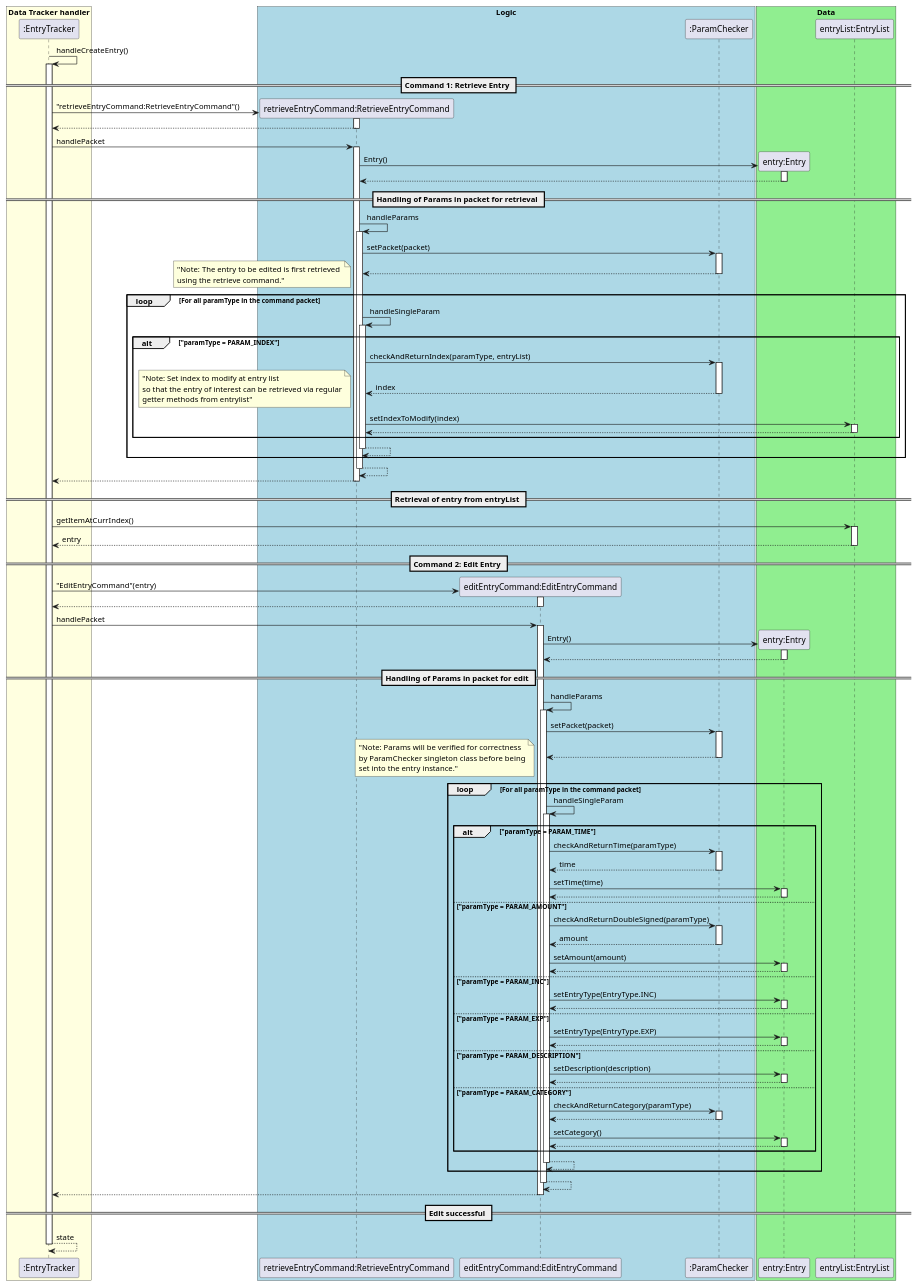
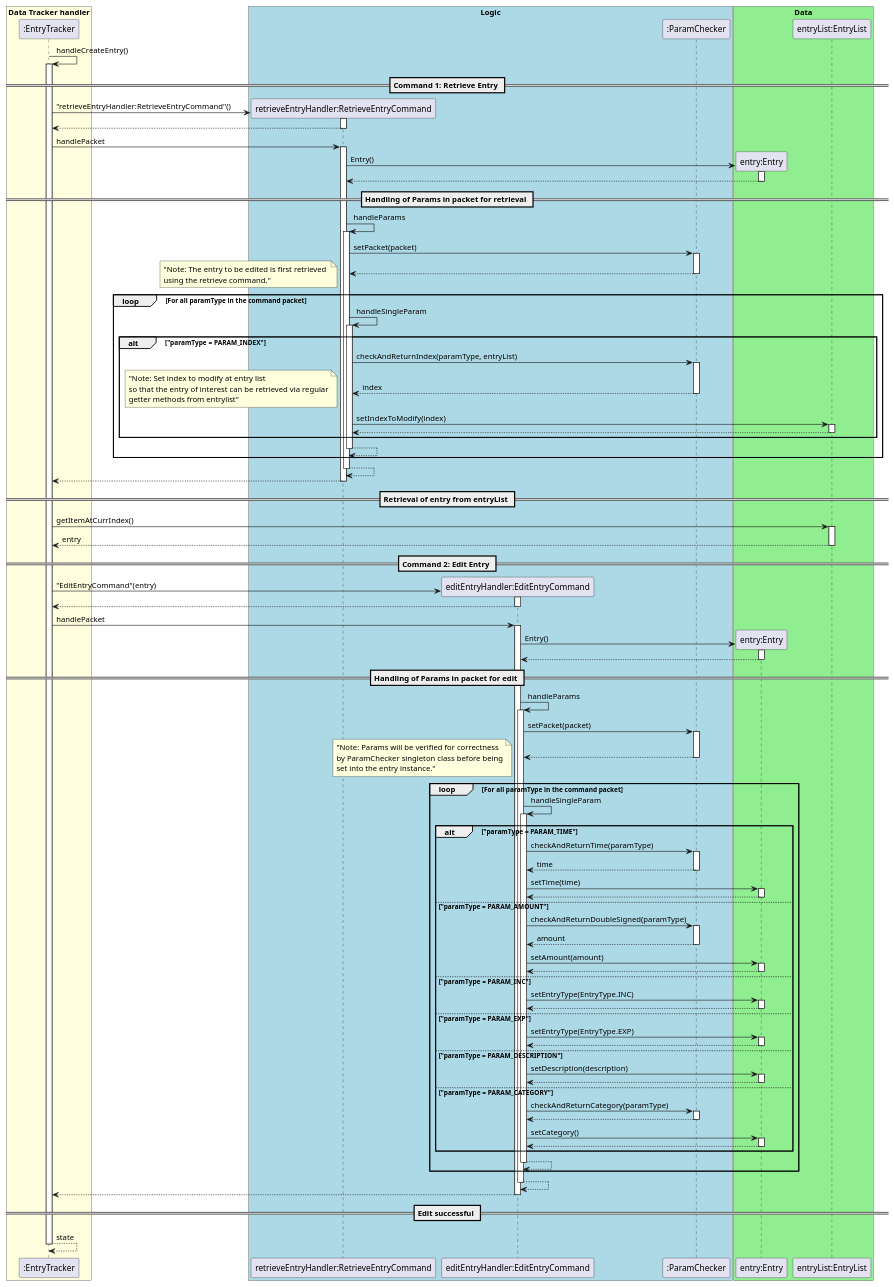
The diagram in docs/uml_images/manualTracker/entryTrackerEditEntrySeqDiagram.puml (nus-cs2113-AY2021S1/tp), drawn with PlantUML before and after one commit. The commit also changed 21 other files, not shown here.

```diff
--- a/docs/uml_images/manualTracker/entryTrackerEditEntrySeqDiagram.puml
+++ b/docs/uml_images/manualTracker/entryTrackerEditEntrySeqDiagram.puml
@@ -1,101 +1,101 @@
 @startuml
 autoactivate on
 
 ":EntryTracker" ->":EntryTracker": handleCreateEntry()
     == Command 1: Retrieve Entry ==
-    create "retrieveEntryCommand:RetrieveEntryCommand"
-   ":EntryTracker"-> "retrieveEntryCommand:RetrieveEntryCommand" : "retrieveEntryCommand:RetrieveEntryCommand"()
+    create "retrieveEntryHandler:RetrieveEntryCommand"
+   ":EntryTracker"-> "retrieveEntryHandler:RetrieveEntryCommand" : "retrieveEntryHandler:RetrieveEntryCommand"()
     return
 
-       ":EntryTracker"-> "retrieveEntryCommand:RetrieveEntryCommand" : handlePacket
+       ":EntryTracker"-> "retrieveEntryHandler:RetrieveEntryCommand" : handlePacket
 
             create "entry:Entry"
-            "retrieveEntryCommand:RetrieveEntryCommand" -> "entry:Entry" : Entry()
+            "retrieveEntryHandler:RetrieveEntryCommand" -> "entry:Entry" : Entry()
             return
             == Handling of Params in packet for retrieval ==
-            "retrieveEntryCommand:RetrieveEntryCommand" -> "retrieveEntryCommand:RetrieveEntryCommand" : handleParams
-                "retrieveEntryCommand:RetrieveEntryCommand" -> ":ParamChecker" : setPacket(packet)
+            "retrieveEntryHandler:RetrieveEntryCommand" -> "retrieveEntryHandler:RetrieveEntryCommand" : handleParams
+                "retrieveEntryHandler:RetrieveEntryCommand" -> ":ParamChecker" : setPacket(packet)
                 return
                 loop For all paramType in the command packet
                     note left: "Note: The entry to be edited is first retrieved \nusing the retrieve command."
-                    "retrieveEntryCommand:RetrieveEntryCommand" -> "retrieveEntryCommand:RetrieveEntryCommand" : handleSingleParam
+                    "retrieveEntryHandler:RetrieveEntryCommand" -> "retrieveEntryHandler:RetrieveEntryCommand" : handleSingleParam
                         alt "paramType = PARAM_INDEX"
-                            "retrieveEntryCommand:RetrieveEntryCommand" ->":ParamChecker": checkAndReturnIndex(paramType, entryList)
+                            "retrieveEntryHandler:RetrieveEntryCommand" ->":ParamChecker": checkAndReturnIndex(paramType, entryList)
                             return index
                             note left: "Note: Set index to modify at entry list\nso that the entry of interest can be retrieved via regular\ngetter methods from entrylist"
-                            "retrieveEntryCommand:RetrieveEntryCommand" -> "entryList:EntryList" : setIndexToModify(index)
+                            "retrieveEntryHandler:RetrieveEntryCommand" -> "entryList:EntryList" : setIndexToModify(index)
                             return
                         end
                     return
                 end
             return
        return
 
     == Retrieval of entry from entryList ==
     ":EntryTracker" -> "entryList:EntryList" : getItemAtCurrIndex()
     return entry
 
     == Command 2: Edit Entry ==
-    create "editEntryCommand:EditEntryCommand"
-       ":EntryTracker"-> "editEntryCommand:EditEntryCommand" : "EditEntryCommand"(entry)
+    create "editEntryHandler:EditEntryCommand"
+       ":EntryTracker"-> "editEntryHandler:EditEntryCommand" : "EditEntryCommand"(entry)
         return
 
-    ":EntryTracker" -> "editEntryCommand:EditEntryCommand" : handlePacket
+    ":EntryTracker" -> "editEntryHandler:EditEntryCommand" : handlePacket
 
         create "entry:Entry"
-        "editEntryCommand:EditEntryCommand" -> "entry:Entry" : Entry()
+        "editEntryHandler:EditEntryCommand" -> "entry:Entry" : Entry()
         return
         == Handling of Params in packet for edit ==
-        "editEntryCommand:EditEntryCommand" -> "editEntryCommand:EditEntryCommand" : handleParams
-            "editEntryCommand:EditEntryCommand" -> ":ParamChecker" : setPacket(packet)
+        "editEntryHandler:EditEntryCommand" -> "editEntryHandler:EditEntryCommand" : handleParams
+            "editEntryHandler:EditEntryCommand" -> ":ParamChecker" : setPacket(packet)
             return
             loop For all paramType in the command packet
                 note left: "Note: Params will be verified for correctness\nby ParamChecker singleton class before being\nset into the entry instance."
-                "editEntryCommand:EditEntryCommand" -> "editEntryCommand:EditEntryCommand" : handleSingleParam
+                "editEntryHandler:EditEntryCommand" -> "editEntryHandler:EditEntryCommand" : handleSingleParam
                     alt "paramType = PARAM_TIME"
-                        "editEntryCommand:EditEntryCommand" ->":ParamChecker": checkAndReturnTime(paramType)
+                        "editEntryHandler:EditEntryCommand" ->":ParamChecker": checkAndReturnTime(paramType)
                         return time
-                        "editEntryCommand:EditEntryCommand" -> "entry:Entry" : setTime(time)
+                        "editEntryHandler:EditEntryCommand" -> "entry:Entry" : setTime(time)
                         return
                     else "paramType = PARAM_AMOUNT"
-                        "editEntryCommand:EditEntryCommand" ->":ParamChecker": checkAndReturnDoubleSigned(paramType)
+                        "editEntryHandler:EditEntryCommand" ->":ParamChecker": checkAndReturnDoubleSigned(paramType)
                         return amount
-                        "editEntryCommand:EditEntryCommand" -> "entry:Entry" : setAmount(amount)
+                        "editEntryHandler:EditEntryCommand" -> "entry:Entry" : setAmount(amount)
                         return
                     else "paramType = PARAM_INC"
-                        "editEntryCommand:EditEntryCommand" -> "entry:Entry" : setEntryType(EntryType.INC)
+                        "editEntryHandler:EditEntryCommand" -> "entry:Entry" : setEntryType(EntryType.INC)
                         return
                     else "paramType = PARAM_EXP"
-                        "editEntryCommand:EditEntryCommand" -> "entry:Entry" : setEntryType(EntryType.EXP)
+                        "editEntryHandler:EditEntryCommand" -> "entry:Entry" : setEntryType(EntryType.EXP)
                         return
                     else "paramType = PARAM_DESCRIPTION"
-                        "editEntryCommand:EditEntryCommand" -> "entry:Entry" : setDescription(description)
+                        "editEntryHandler:EditEntryCommand" -> "entry:Entry" : setDescription(description)
                         return
                     else "paramType = PARAM_CATEGORY"
-                        "editEntryCommand:EditEntryCommand" ->":ParamChecker": checkAndReturnCategory(paramType)
+                        "editEntryHandler:EditEntryCommand" ->":ParamChecker": checkAndReturnCategory(paramType)
                         return
-                        "editEntryCommand:EditEntryCommand" -> "entry:Entry" : setCategory()
+                        "editEntryHandler:EditEntryCommand" -> "entry:Entry" : setCategory()
                         return
                     end
                 return
             end
         return
    return
    == Edit successful ==
 return state
 
 box "Data Tracker handler" #LightYellow
 participant ":EntryTracker"
 endBox
 
 box "Logic" #LightBlue
-participant "retrieveEntryCommand:RetrieveEntryCommand"
-participant "editEntryCommand:EditEntryCommand"
+participant "retrieveEntryHandler:RetrieveEntryCommand"
+participant "editEntryHandler:EditEntryCommand"
 participant ":ParamChecker"
 endBox
 
 box "Data" #LightGreen
 participant "entry:Entry"
 participant "entryList:EntryList"
 endBox
 @enduml
```
